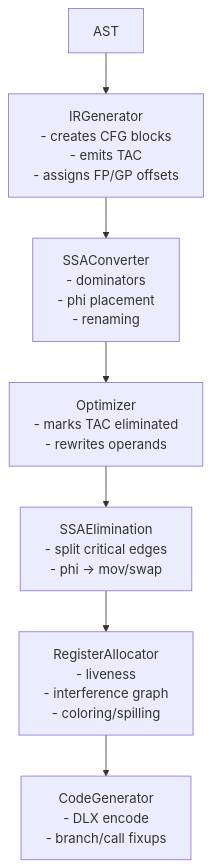
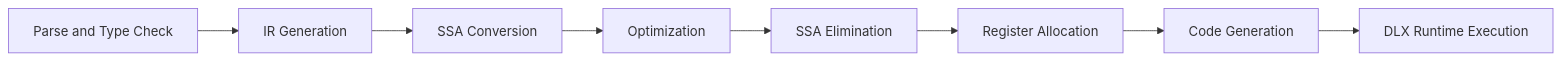
Before and after one commit to NitishM2022/MochaCompiler: the diagram in docs/architecture/pipeline.md, drawn with Mermaid. The commit also changed other lines of this file and 468 other files, not shown here.

````diff
--- a/docs/architecture/pipeline.md
+++ b/docs/architecture/pipeline.md
@@ -7,9 +7,10 @@
 ```mermaid
-flowchart TD
-    A["AST"] --> B["IRGenerator<br/>- creates CFG blocks<br/>- emits TAC<br/>- assigns FP/GP offsets"]
-    B --> C["SSAConverter<br/>- dominators<br/>- phi placement<br/>- renaming"]
-    C --> D["Optimizer<br/>- marks TAC eliminated<br/>- rewrites operands"]
-    D --> E["SSAElimination<br/>- split critical edges<br/>- phi -> mov/swap"]
-    E --> F["RegisterAllocator<br/>- liveness<br/>- interference graph<br/>- coloring/spilling"]
-    F --> G["CodeGenerator<br/>- DLX encode<br/>- branch/call fixups"]
+flowchart LR
+    A["Parse and Type Check"] --> B["IR Generation"]
+    B --> C["SSA Conversion"]
+    C --> D["Optimization"]
+    D --> E["SSA Elimination"]
+    E --> F["Register Allocation"]
+    F --> G["Code Generation"]
+    G --> H["DLX Runtime Execution"]
 ```
````
